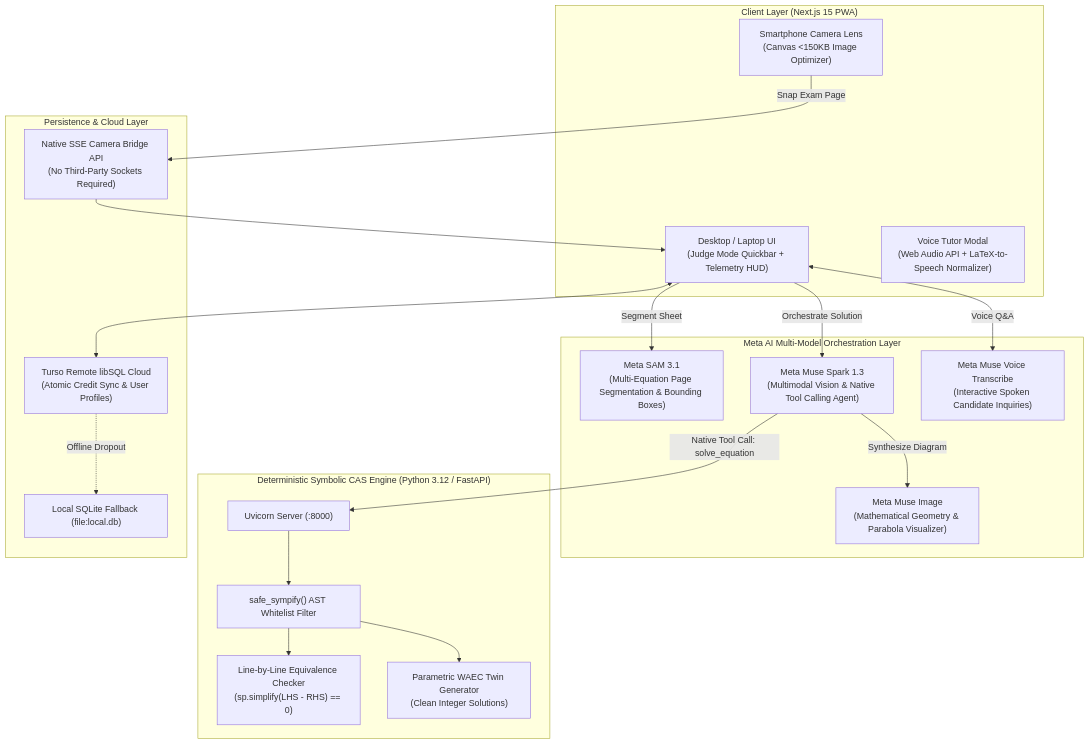
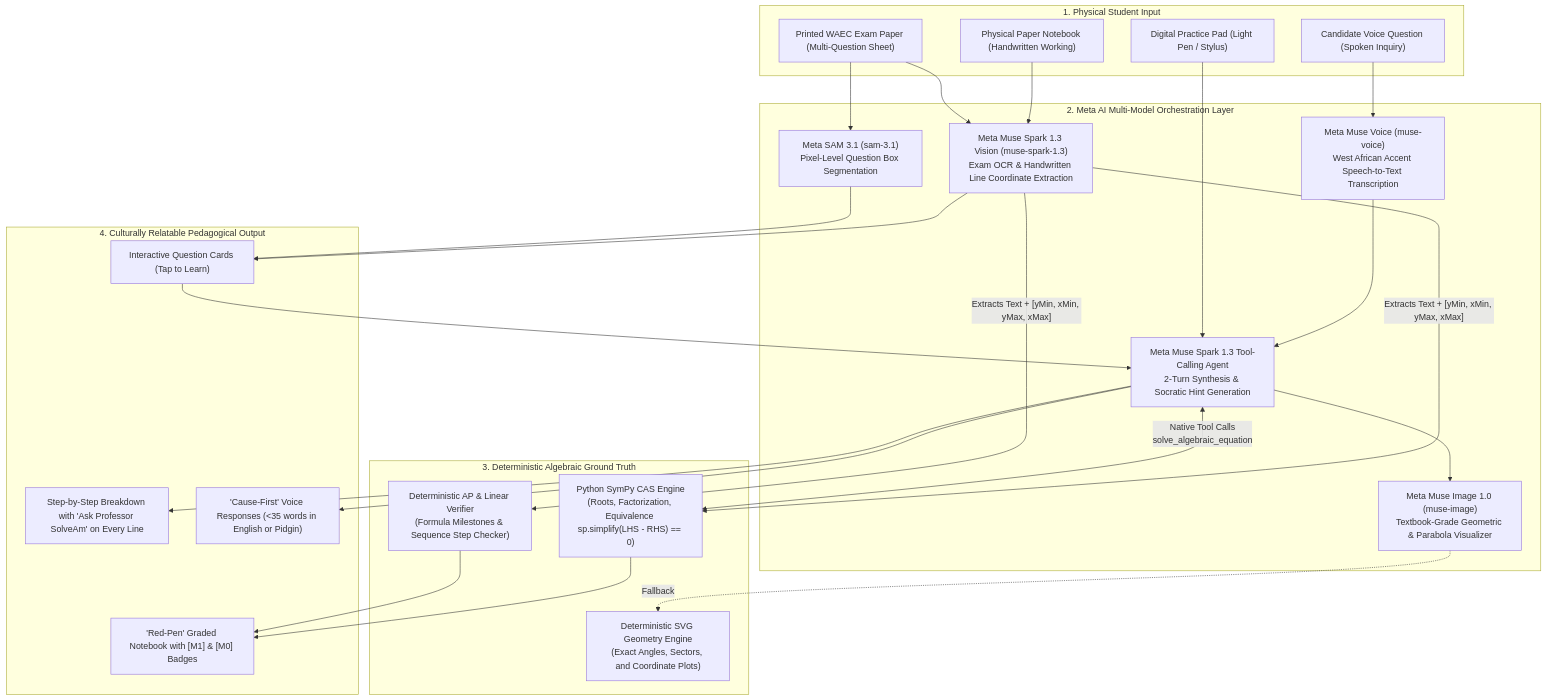
The diagram in README.md (tochi-3000/SolveIt), drawn with Mermaid before and after one commit. The commit also changed other lines of this file and 14 other files, not shown here.

````diff
--- a/README.md
+++ b/README.md
@@ -60,38 +60,49 @@
 ```mermaid
-flowchart TB
-    subgraph Client ["Client Layer (Next.js 15 PWA)"]
-        Web["Desktop / Laptop UI\n(Judge Mode Quickbar + Telemetry HUD)"]
-        Mobile["Smartphone Camera Lens\n(Canvas <150KB Image Optimizer)"]
-        VoiceIO["Voice Tutor Modal\n(Web Audio API + LaTeX-to-Speech Normalizer)"]
+flowchart TD
+    subgraph InputLayer ["1. Physical Student Input"]
+        ExamPaper["Printed WAEC Exam Paper (Multi-Question Sheet)"]
+        Notebook["Physical Paper Notebook (Handwritten Working)"]
+        CanvasPad["Digital Practice Pad (Light Pen / Stylus)"]
+        SpokenVoice["Candidate Voice Question (Spoken Inquiry)"]
     end
 
-    subgraph MetaAI ["Meta AI Multi-Model Orchestration Layer"]
-        SAM["Meta SAM 3.1\n(Multi-Equation Page Segmentation & Bounding Boxes)"]
-        MuseSpark["Meta Muse Spark 1.3\n(Multimodal Vision & Native Tool Calling Agent)"]
-        MuseVoice["Meta Muse Voice Transcribe\n(Interactive Spoken Candidate Inquiries)"]
-        MuseImg["Meta Muse Image\n(Mathematical Geometry & Parabola Visualizer)"]
+    subgraph MetaAILayer ["2. Meta AI Multi-Model Orchestration Layer"]
+        SAM["Meta SAM 3.1 (sam-3.1)\nPixel-Level Question Box Segmentation"]
+        SparkVision["Meta Muse Spark 1.3 Vision (muse-spark-1.3)\nExam OCR & Handwritten Line Coordinate Extraction"]
+        SparkAgent["Meta Muse Spark 1.3 Tool-Calling Agent\n2-Turn Synthesis & Socratic Hint Generation"]
+        VoiceModel["Meta Muse Voice (muse-voice)\nWest African Accent Speech-to-Text Transcription"]
+        ImageModel["Meta Muse Image 1.0 (muse-image)\nTextbook-Grade Geometric & Parabola Visualizer"]
     end
 
-    subgraph Symbolic ["Deterministic Symbolic CAS Engine (Python 3.12 / FastAPI)"]
-        FastAPI["Uvicorn Server (:8000)"]
-        ASTGuard["safe_sympify() AST Whitelist Filter"]
-        StepVerifier["Line-by-Line Equivalence Checker\n(sp.simplify(LHS - RHS) == 0)"]
-        TwinGen["Parametric WAEC Twin Generator\n(Clean Integer Solutions)"]
+    subgraph SymbolicLayer ["3. Deterministic Algebraic Ground Truth"]
+        SymPyCAS["Python SymPy CAS Engine\n(Roots, Factorization, Equivalence sp.simplify(LHS - RHS) == 0)"]
+        APVerifier["Deterministic AP & Linear Verifier\n(Formula Milestones & Sequence Step Checker)"]
+        VectorSVG["Deterministic SVG Geometry Engine\n(Exact Angles, Sectors, and Coordinate Plots)"]
     end
 
-    subgraph Persistence ["Persistence & Cloud Layer"]
-        Turso["Turso Remote libSQL Cloud\n(Atomic Credit Sync & User Profiles)"]
-        LocalSQLite["Local SQLite Fallback (file:local.db)"]
-        SSEBridge["Native SSE Camera Bridge API\n(No Third-Party Sockets Required)"]
+    subgraph OutputLayer ["4. Culturally Relatable Pedagogical Output"]
+        ClickableBoxes["Interactive Question Cards (Tap to Learn)"]
+        RedPenCanvas["'Red-Pen' Graded Notebook with [M1] & [M0] Badges"]
+        LineByLineTutor["Step-by-Step Breakdown with 'Ask Professor SolveAm' on Every Line"]
+        VoiceTutor["'Cause-First' Voice Responses (<35 words in English or Pidgin)"]
     end
 
-    Mobile -->|"Snap Exam Page"| SSEBridge --> Web
-    Web -->|"Segment Sheet"| SAM
-    Web -->|"Orchestrate Solution"| MuseSpark
-    MuseSpark -->|"Native Tool Call: solve_equation"| FastAPI
-    FastAPI --> ASTGuard --> StepVerifier & TwinGen
-    MuseSpark -->|"Synthesize Diagram"| MuseImg
-    Web <-->|"Voice Q&A"| MuseVoice
-    Web <--> Turso
-    Turso -.->|"Offline Dropout"| LocalSQLite
+    ExamPaper --> SAM & SparkVision
+    SAM & SparkVision --> ClickableBoxes
+    ClickableBoxes --> SparkAgent
+
+    SparkAgent <-->|"Native Tool Calls\nsolve_algebraic_equation"| SymPyCAS
+    SparkAgent --> LineByLineTutor
+
+    Notebook --> SparkVision
+    SparkVision -->|"Extracts Text + [yMin, xMin, yMax, xMax]"| APVerifier & SymPyCAS
+    APVerifier & SymPyCAS --> RedPenCanvas
+
+    CanvasPad --> SparkAgent
+    SpokenVoice --> VoiceModel
+    VoiceModel --> SparkAgent
+    SparkAgent --> VoiceTutor
+
+    SparkAgent --> ImageModel
+    ImageModel -.->|"Fallback"| VectorSVG
 ```
````
